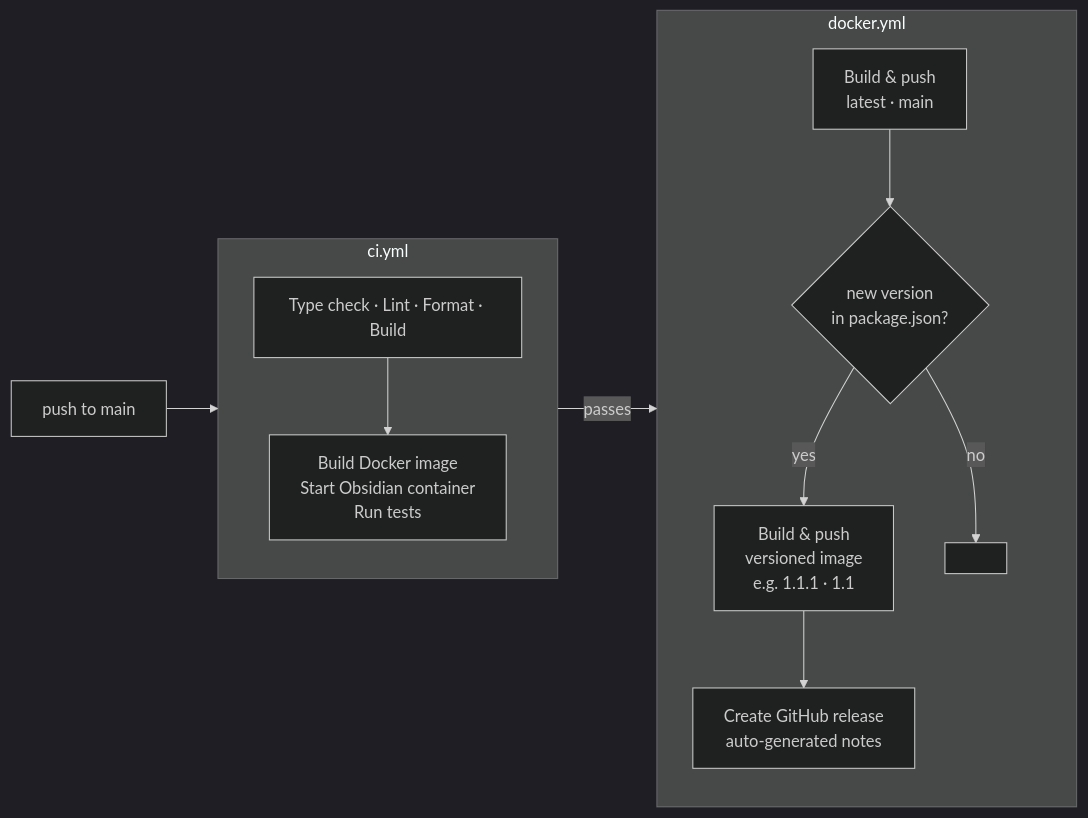
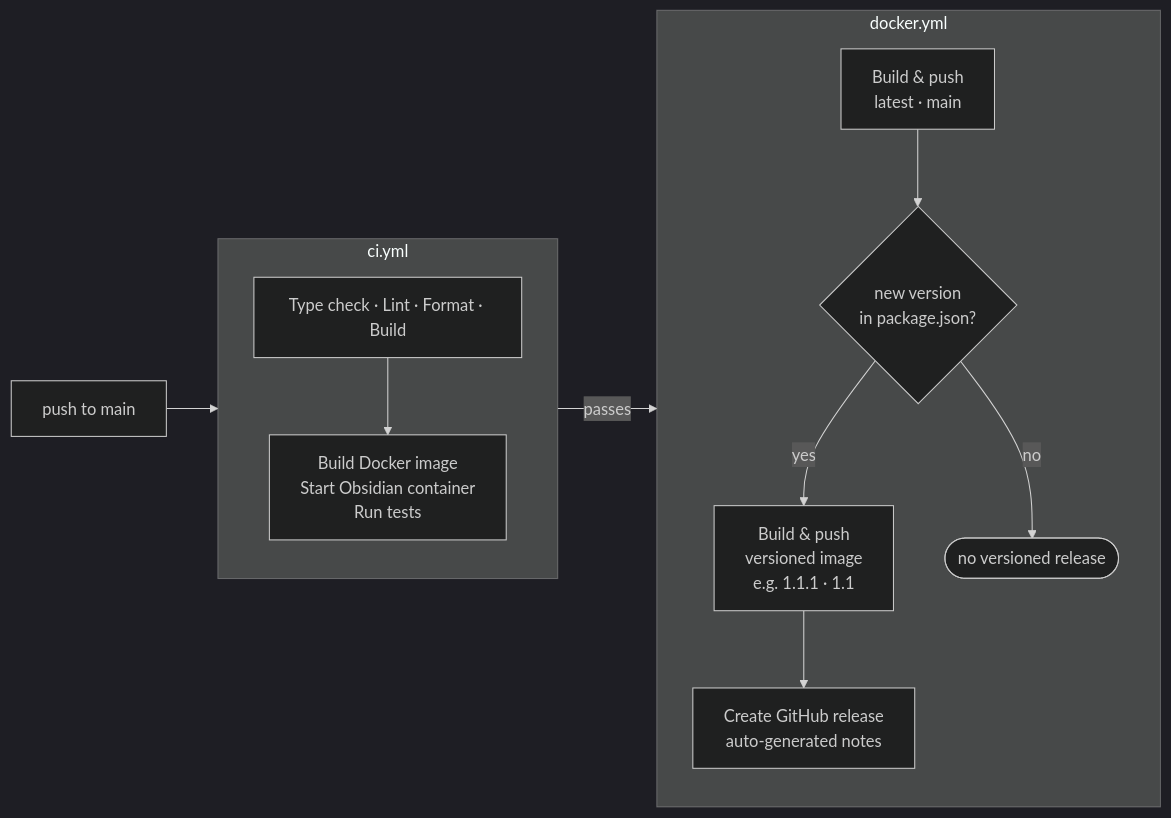
Before and after one commit to dylansumser/obsidian-autom8: the fourth of 4 diagrams in CONTRIBUTING.md, drawn with Mermaid (dark theme). The commit also changed other lines of this file and 5 other files, not shown here.

````diff
--- a/CONTRIBUTING.md
+++ b/CONTRIBUTING.md
@@ -166,22 +166,22 @@
 ```mermaid
 flowchart LR
     PUSH[push to main] --> CI
 
     subgraph CI [ci.yml]
         CHECK[Type check · Lint · Format · Build]
         TEST[Build Docker image\nStart Obsidian container\nRun tests]
         CHECK --> TEST
     end
 
     subgraph Docker [docker.yml]
         BLDPUSH[Build & push\nlatest · main]
         VERSION{new version\nin package.json?}
         BLDPUSH_V[Build & push\nversioned image\ne.g. 1.1.1 · 1.1]
         RELEASE[Create GitHub release\nauto-generated notes]
         BLDPUSH --> VERSION
         VERSION -->|yes| BLDPUSH_V --> RELEASE
-        VERSION -->|no| DONE[ ]
+        VERSION -->|no| DONE([no versioned release])
     end
 
     CI -->|passes| Docker
 ```
````
